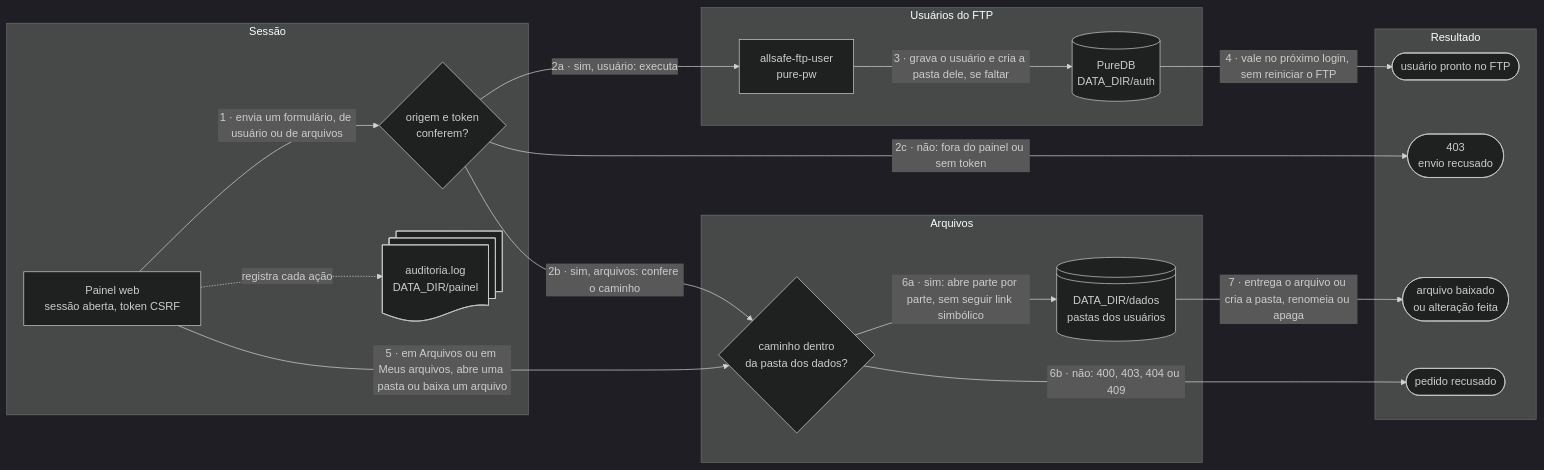
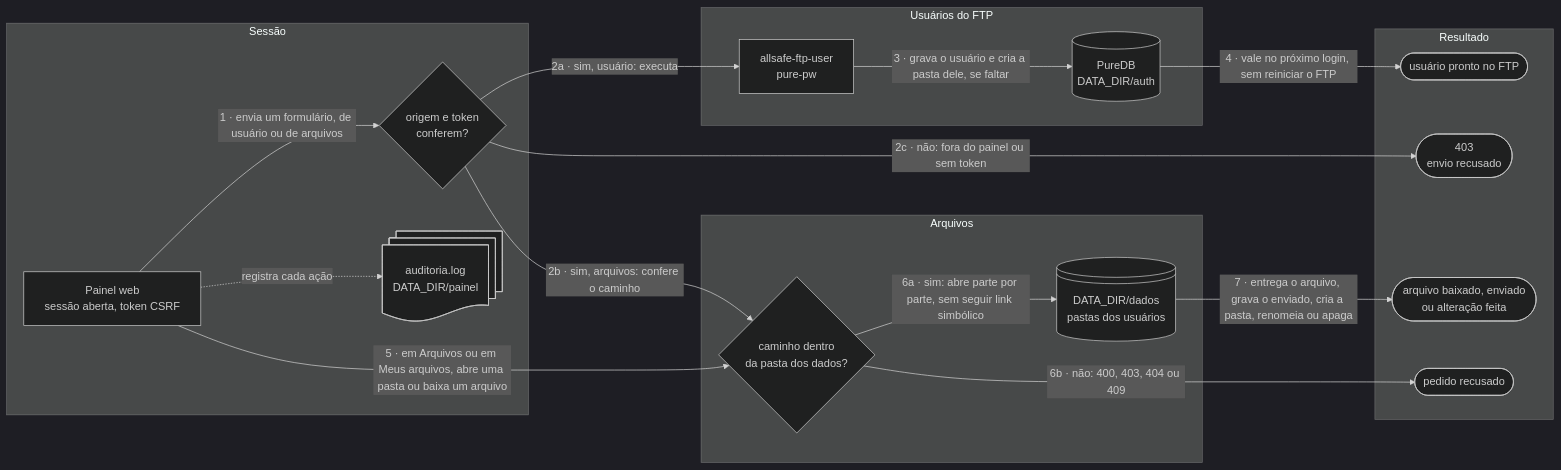
The fourth of 5 diagrams in README.md (CarlosSuporteISP/allsafe-ftp-stack), drawn with Mermaid before and after one commit. The commit also changed other lines of this file and 10 other files, not shown here.

````diff
--- a/README.md
+++ b/README.md
@@ -331,35 +337,35 @@
 ```mermaid
 %%{init: {"theme": "dark"}}%%
 flowchart LR
     subgraph SESSAO["Sessão"]
         painel@{ shape: rect, label: "Painel web<br>sessão aberta, token CSRF" }
         pedido@{ shape: diam, label: "origem e token<br>conferem?" }
         auditoria@{ shape: docs, label: "auditoria.log<br>DATA_DIR/painel" }
     end
     subgraph USUARIOS["Usuários do FTP"]
         cmd@{ shape: rect, label: "allsafe-ftp-user<br>pure-pw" }
         puredb@{ shape: cyl, label: "PureDB<br>DATA_DIR/auth" }
     end
     subgraph ARQUIVOS["Arquivos"]
         caminho@{ shape: diam, label: "caminho dentro<br>da pasta dos dados?" }
         dados@{ shape: lin-cyl, label: "DATA_DIR/dados<br>pastas dos usuários" }
     end
     subgraph RESULTADO["Resultado"]
         fim@{ shape: stadium, label: "usuário pronto no FTP" }
         barrado@{ shape: stadium, label: "403<br>envio recusado" }
-        feito@{ shape: stadium, label: "arquivo baixado<br>ou alteração feita" }
+        feito@{ shape: stadium, label: "arquivo baixado, enviado<br>ou alteração feita" }
         recusa@{ shape: stadium, label: "pedido recusado" }
     end
 
     painel -- "1 · envia um formulário, de usuário ou de arquivos" --> pedido
     pedido -- "2a · sim, usuário: executa" --> cmd
     pedido -- "2b · sim, arquivos: confere o caminho" --> caminho
     pedido -- "2c · não: fora do painel ou sem token" --> barrado
     cmd -- "3 · grava o usuário e cria a pasta dele, se faltar" --> puredb
     puredb -- "4 · vale no próximo login, sem reiniciar o FTP" --> fim
     painel -- "5 · em Arquivos ou em Meus arquivos, abre uma pasta ou baixa um arquivo" --> caminho
     caminho -- "6a · sim: abre parte por parte, sem seguir link simbólico" --> dados
     caminho -- "6b · não: 400, 403, 404 ou 409" --> recusa
-    dados -- "7 · entrega o arquivo ou cria a pasta, renomeia ou apaga" --> feito
+    dados -- "7 · entrega o arquivo, grava o enviado, cria a pasta, renomeia ou apaga" --> feito
     painel -. "registra cada ação" .-> auditoria
 ```
````
